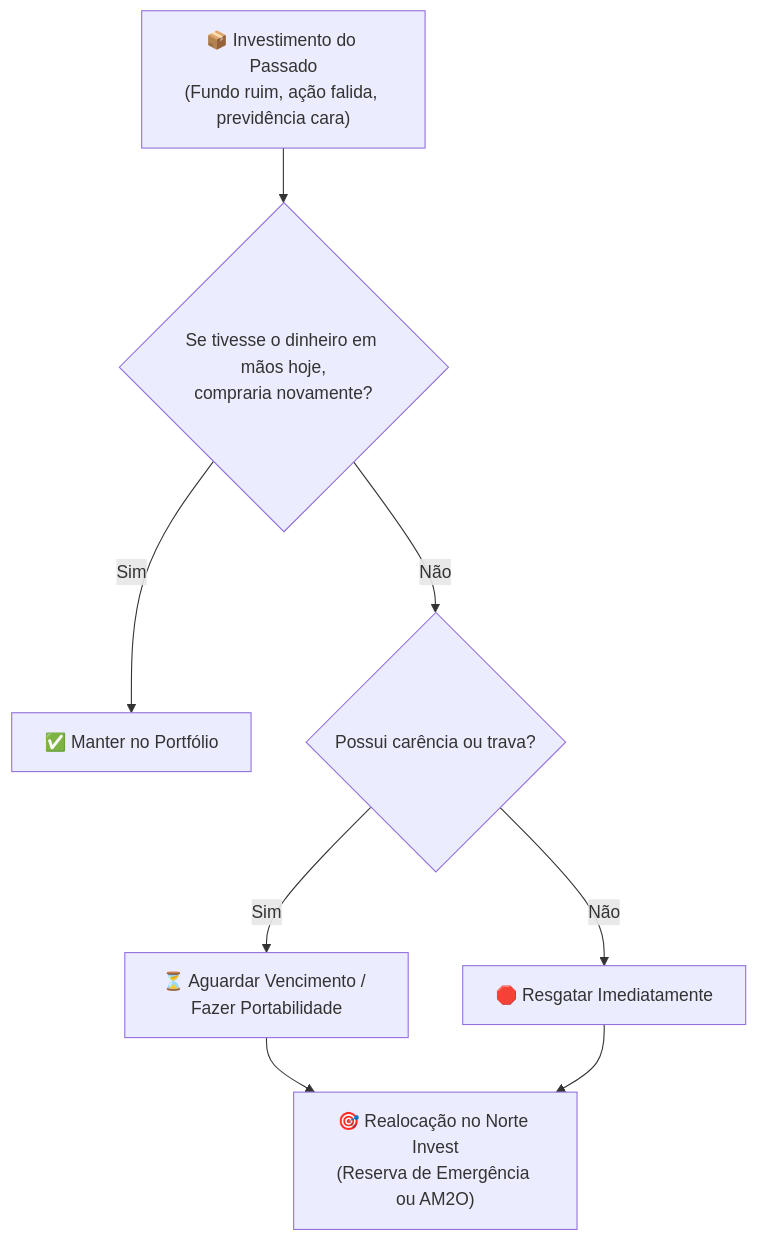
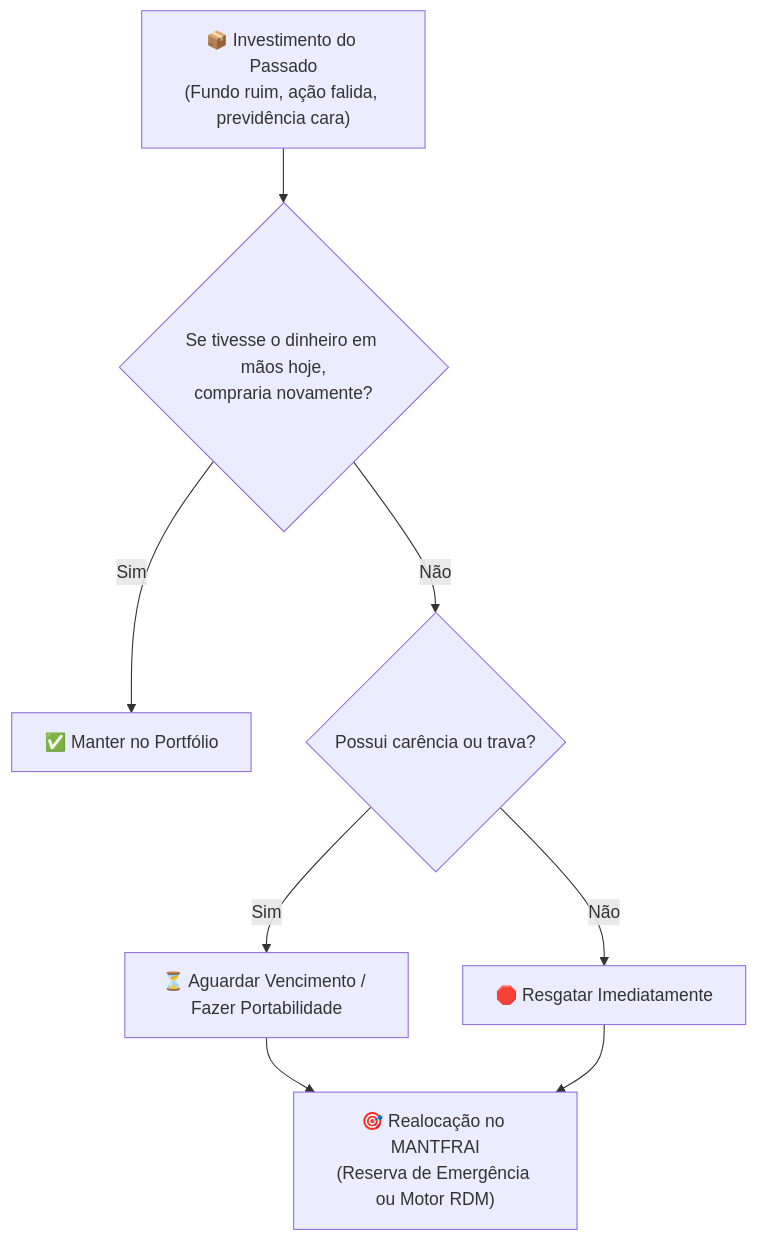
Before and after one commit to Rickss100/Davi-Hidra: the diagram in src/data/academy/lessons/modulo-3/aula-3-3.md, drawn with Mermaid. The commit also changed other lines of this file and 43 other files, not shown here.

Commit message:
feat(academy): higienizacao completa das 30 aulas e manuais para MANTFRAI, Filtro MFS e Motor RDM

````diff
--- a/src/data/academy/lessons/modulo-3/aula-3-3.md
+++ b/src/data/academy/lessons/modulo-3/aula-3-3.md
@@ -88,14 +88,14 @@
 ```mermaid
 flowchart TD
     InvestimentoPassado["📦 Investimento do Passado<br/>(Fundo ruim, ação falida, previdência cara)"]
     
     InvestimentoPassado --> Pergunta{"Se tivesse o dinheiro em mãos hoje,<br/>compraria novamente?"}
     
     Pergunta -->|Sim| Manter["✅ Manter no Portfólio"]
     Pergunta -->|Não| AvaliarPrazo{"Possui carência ou trava?"}
     
     AvaliarPrazo -->|Sim| AguardarVencimento["⏳ Aguardar Vencimento / Fazer Portabilidade"]
     AvaliarPrazo -->|Não| ResgatarImediato["🛑 Resgatar Imediatamente"]
     
-    AguardarVencimento & ResgatarImediato --> Realocar["🎯 Realocação no Norte Invest<br/>(Reserva de Emergência ou AM2O)"]
+    AguardarVencimento & ResgatarImediato --> Realocar["🎯 Realocação no MANTFRAI<br/>(Reserva de Emergência ou Motor RDM)"]
 ```
````
